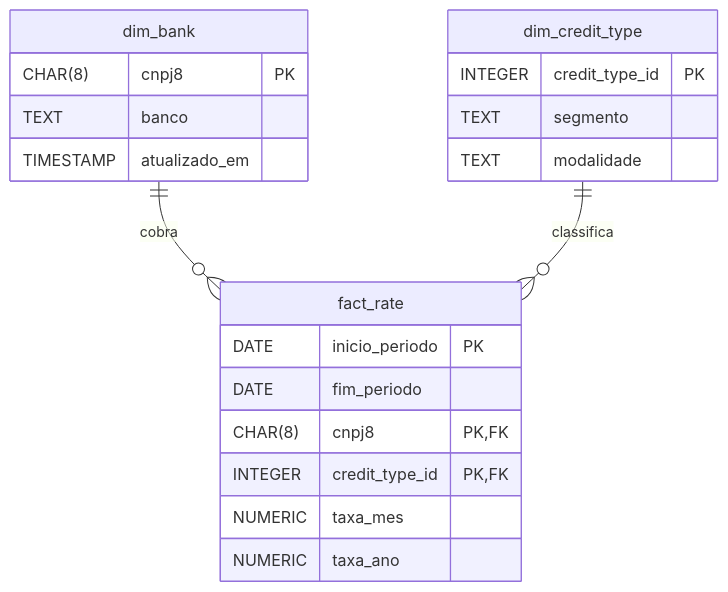
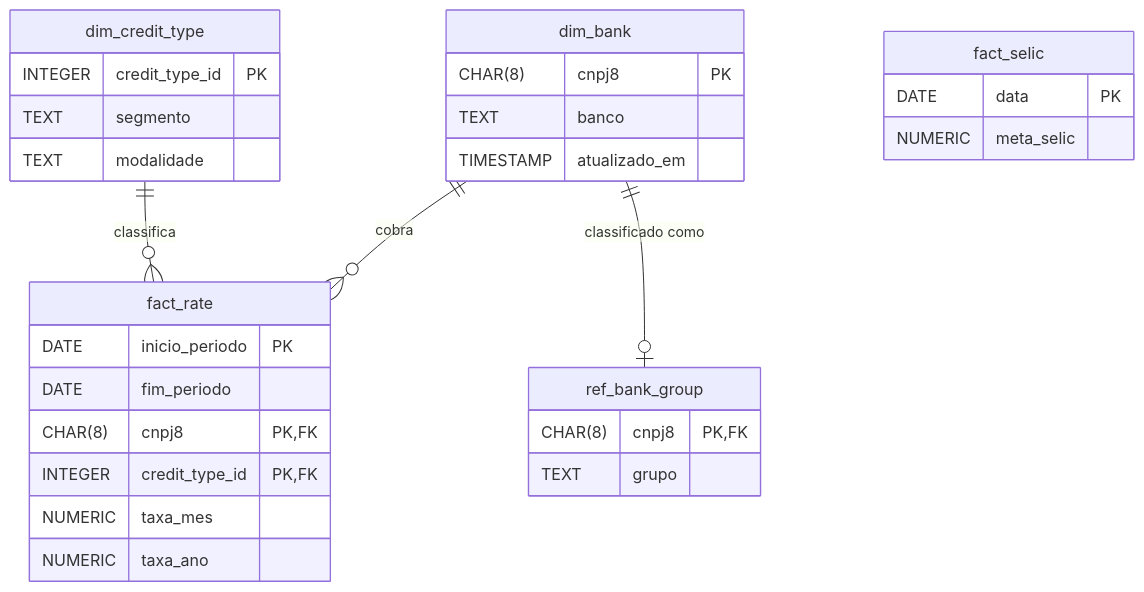
The second of 2 diagrams in README.md (SaaaS04/Monitor_de_juros), drawn with Mermaid before and after one commit. The commit also changed other lines of this file, not shown here.

````diff
--- a/README.md
+++ b/README.md
@@ -100,24 +167,33 @@
 ```mermaid
 erDiagram
     dim_bank ||--o{ fact_rate : "cobra"
     dim_credit_type ||--o{ fact_rate : "classifica"
+    dim_bank ||--o| ref_bank_group : "classificado como"
 
     dim_bank {
         CHAR(8) cnpj8 PK
         TEXT banco
         TIMESTAMP atualizado_em
     }
     dim_credit_type {
         INTEGER credit_type_id PK
         TEXT segmento
         TEXT modalidade
     }
     fact_rate {
         DATE inicio_periodo PK
         DATE fim_periodo
         CHAR(8) cnpj8 PK,FK
         INTEGER credit_type_id PK,FK
         NUMERIC taxa_mes
         NUMERIC taxa_ano
     }
+    ref_bank_group {
+        CHAR(8) cnpj8 PK,FK
+        TEXT grupo
+    }
+    fact_selic {
+        DATE data PK
+        NUMERIC meta_selic
+    }
 ```
````
